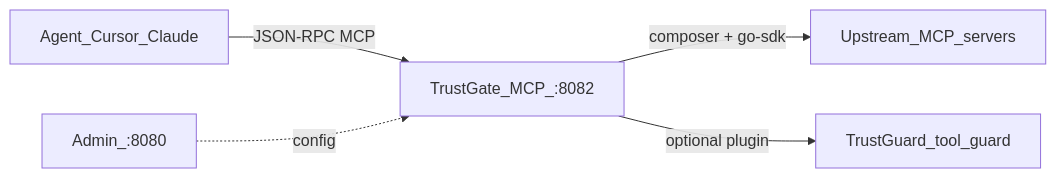
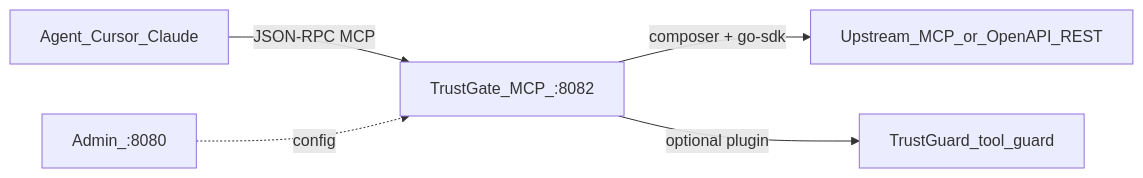
One commit to NeuralTrust/TrustGate changed the diagram in docs/mcp/testing-guide.md. Above: the diagram before and after it, drawn with Mermaid. The commit also changed other lines of this file and 2 other files, not shown here.

First line of the commit message:
test(mcp): compile TrustGate Admin OpenAPI into tools

````diff
--- a/docs/mcp/testing-guide.md
+++ b/docs/mcp/testing-guide.md
@@ -13,7 +13,7 @@
 ```mermaid
 flowchart LR
   Agent["Agent_Cursor_Claude"] -->|"JSON-RPC MCP"| MCPPlane["TrustGate_MCP_:8082"]
   Admin["Admin_:8080"] -.->|config| MCPPlane
-  MCPPlane -->|"composer + go-sdk"| Upstream["Upstream_MCP_servers"]
+  MCPPlane -->|"composer + go-sdk"| Upstream["Upstream_MCP_or_OpenAPI_REST"]
   MCPPlane -->|"optional plugin"| Guard["TrustGuard_tool_guard"]
 ```
````
